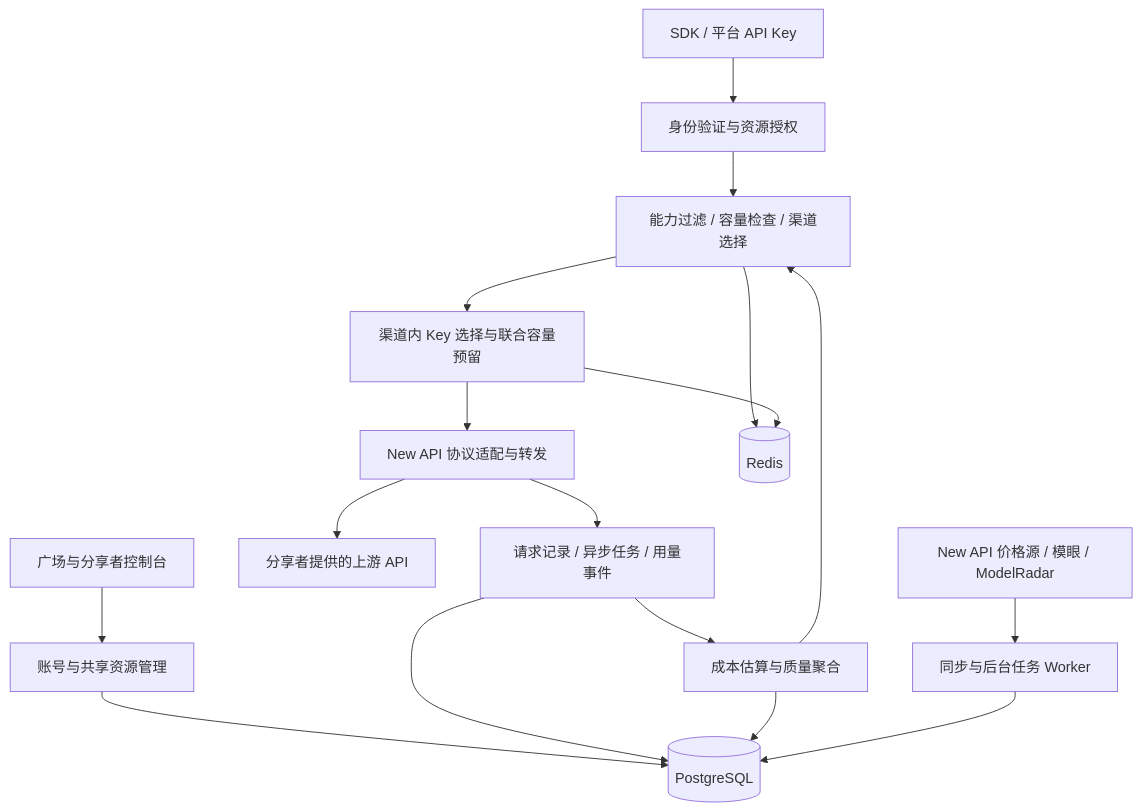
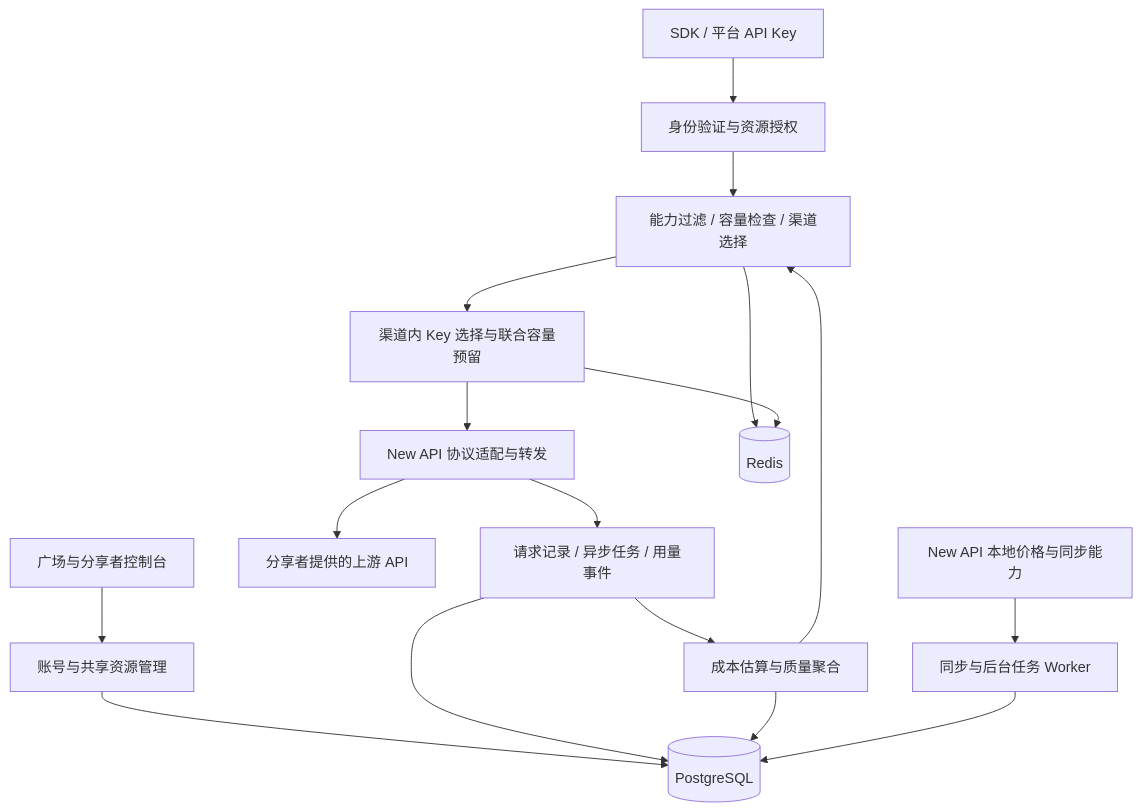
The diagram in docs/PROJECT_PLAN.md (shikelea/new-apigx), drawn with Mermaid before and after one commit. The commit also changed other lines of this file and 13 other files, not shown here.

````diff
--- a/docs/PROJECT_PLAN.md
+++ b/docs/PROJECT_PLAN.md
@@ -220,19 +220,19 @@
 ```mermaid
 flowchart TD
     A[广场与分享者控制台] --> B[账号与共享资源管理]
     C[SDK / 平台 API Key] --> D[身份验证与资源授权]
     D --> E[能力过滤 / 容量检查 / 渠道选择]
     E --> Q[渠道内 Key 选择与联合容量预留]
     Q --> F[New API 协议适配与转发]
     F --> G[分享者提供的上游 API]
     F --> H[请求记录 / 异步任务 / 用量事件]
     H --> I[成本估算与质量聚合]
     I --> E
     B --> J[(PostgreSQL)]
     H --> J
     I --> J
     E --> K[(Redis)]
     Q --> K
     W[同步与后台任务 Worker] --> J
-    M[New API 价格源 / 模眼 / ModelRadar] --> W
+    M[New API 本地价格与同步能力] --> W
 ```
````
